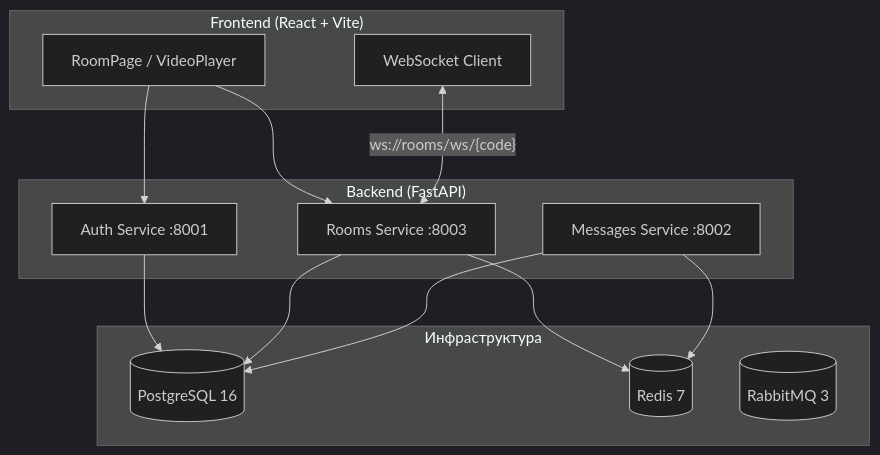
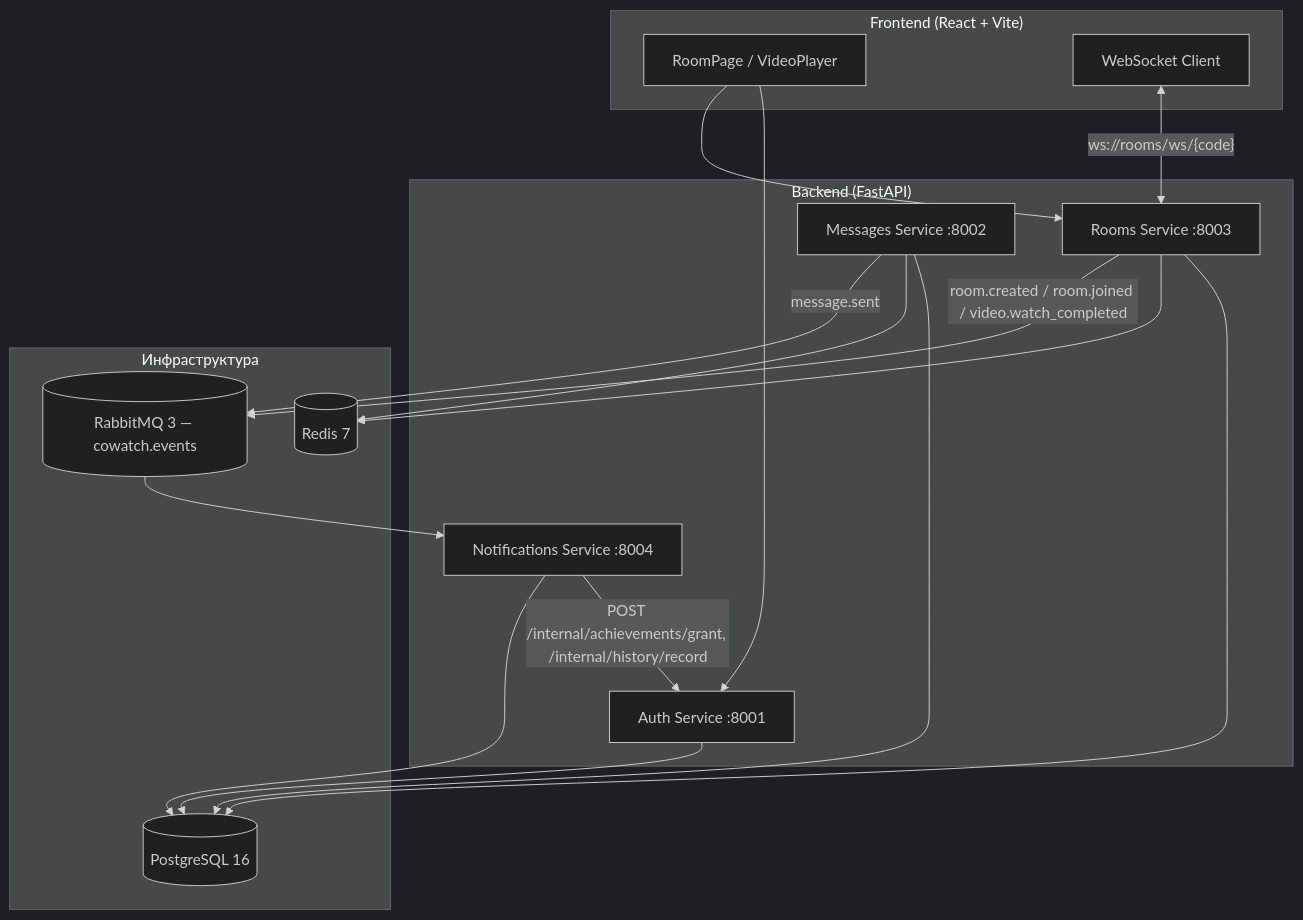
The diagram in README.md (mivlabs/cowatch), drawn with Mermaid (dark theme) before and after one commit. The commit also changed other lines of this file and 33 other files, not shown here.

````diff
--- a/README.md
+++ b/README.md
@@ -62,28 +66,34 @@
 ```mermaid
 flowchart TB
     subgraph Client["Frontend (React + Vite)"]
         UI[RoomPage / VideoPlayer]
         WS_CLIENT[WebSocket Client]
     end
 
     subgraph Backend["Backend (FastAPI)"]
         AUTH["Auth Service :8001"]
         ROOMS["Rooms Service :8003"]
         MSG["Messages Service :8002"]
+        NOTIF["Notifications Service :8004"]
     end
 
     subgraph Infra["Инфраструктура"]
         PG[(PostgreSQL 16)]
         REDIS[(Redis 7)]
-        RMQ[(RabbitMQ 3)]
+        RMQ[(RabbitMQ 3 — cowatch.events)]
     end
 
     UI --> AUTH
     UI --> ROOMS
     WS_CLIENT <-->|"ws://rooms/ws/{code}"| ROOMS
     AUTH --> PG
     ROOMS --> PG
     ROOMS --> REDIS
     MSG --> PG
     MSG --> REDIS
+    ROOMS -->|"room.created / room.joined / video.watch_completed"| RMQ
+    MSG -->|"message.sent"| RMQ
+    RMQ --> NOTIF
+    NOTIF -->|"POST /internal/achievements/grant, /internal/history/record"| AUTH
+    NOTIF --> PG
 ```
````
